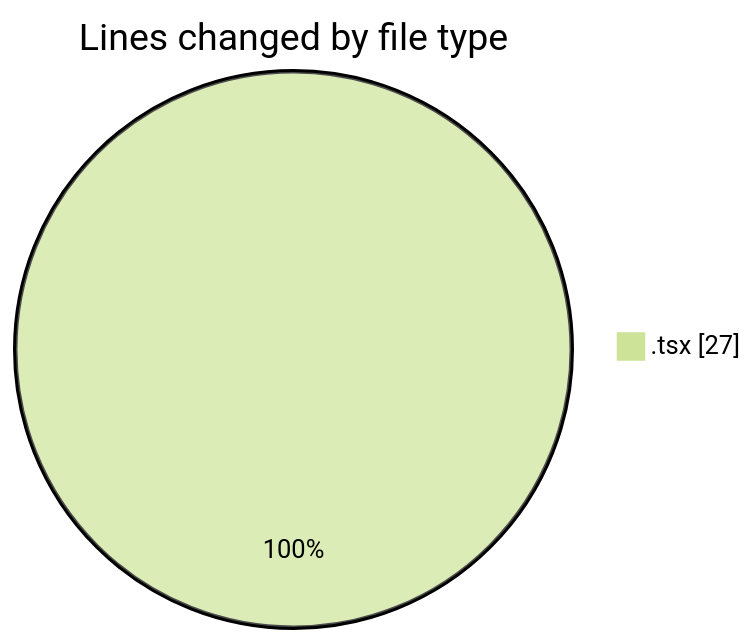
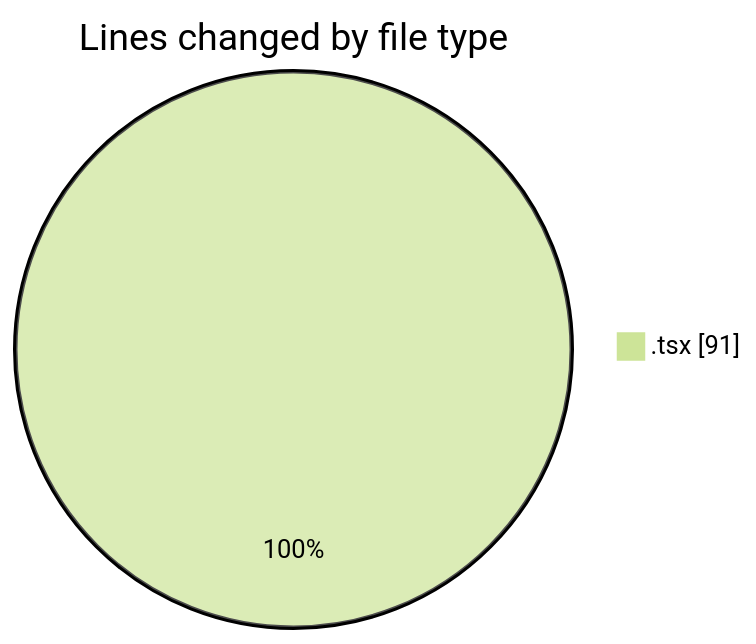
One commit to Elitesun/code-tracking changed the first of 2 diagrams in 2025-05-06/niten/README.md. Above: the diagram before and after it, drawn with Mermaid (forest theme). The commit also changed other lines of this file and 1 other file, not shown here.

````diff
--- a/2025-05-06/niten/README.md
+++ b/2025-05-06/niten/README.md
@@ -20,5 +21,5 @@
 ```mermaid
 pie showData
 title Lines changed by file type
-".tsx" : 27
+".tsx" : 91
 ```
````
